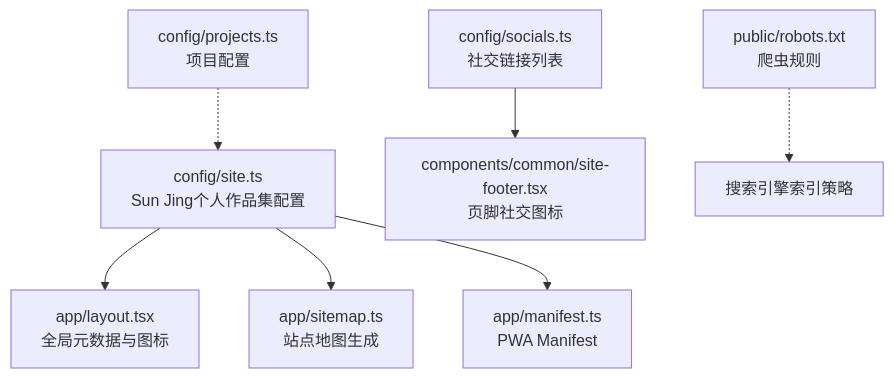
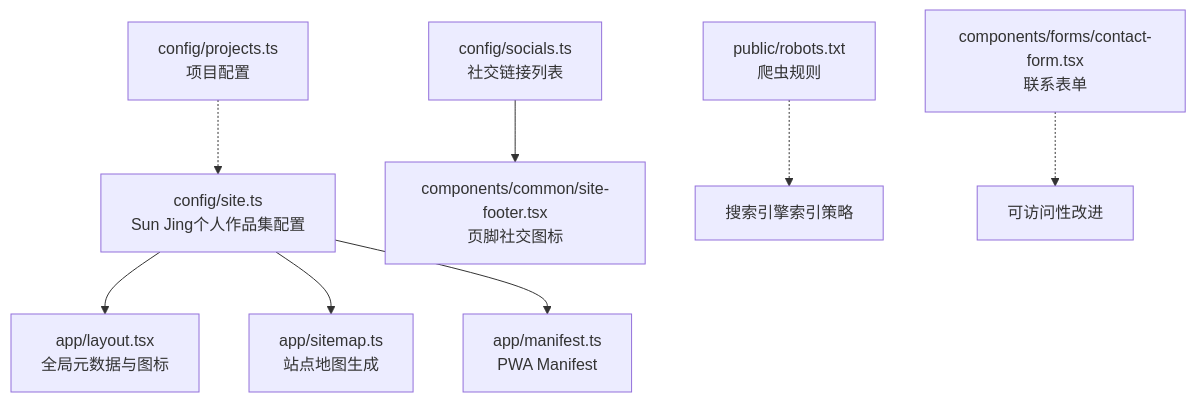
Before and after one commit to florianjsun/next-portfolio: the first of 3 diagrams in .qoder/repowiki/zh/content/配置指南/站点配置.md, drawn with Mermaid. The commit also changed other lines of this file and 80 other files, not shown here.

````diff
--- a/.qoder/repowiki/zh/content/配置指南/站点配置.md
+++ b/.qoder/repowiki/zh/content/配置指南/站点配置.md
@@ -45,9 +49,10 @@
 ```mermaid
 graph TB
 A["config/site.ts<br/>Sun Jing个人作品集配置"] --> B["app/layout.tsx<br/>全局元数据与图标"]
 A --> C["app/sitemap.ts<br/>站点地图生成"]
 A --> D["app/manifest.ts<br/>PWA Manifest"]
 E["config/socials.ts<br/>社交链接列表"] --> F["components/common/site-footer.tsx<br/>页脚社交图标"]
 G["public/robots.txt<br/>爬虫规则"] -.-> H["搜索引擎索引策略"]
 I["config/projects.ts<br/>项目配置"] -.-> A
+J["components/forms/contact-form.tsx<br/>联系表单"] -.-> K["可访问性改进"]
 ```
````
